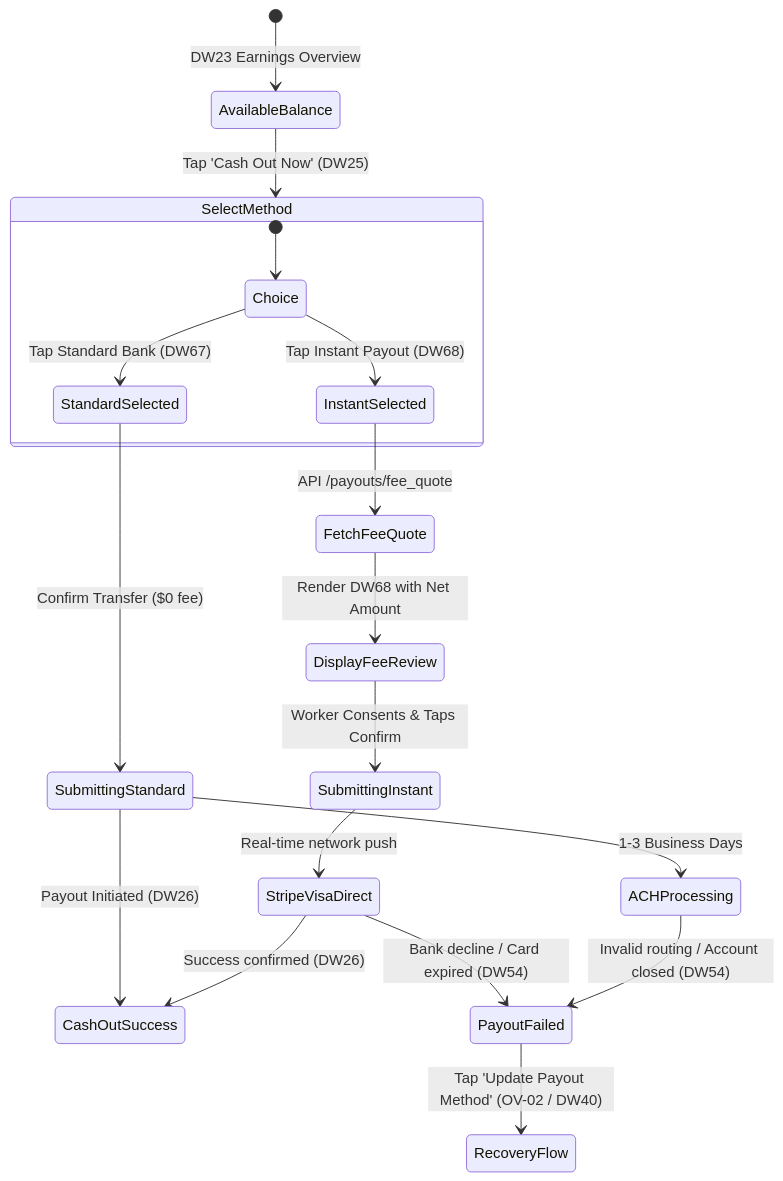
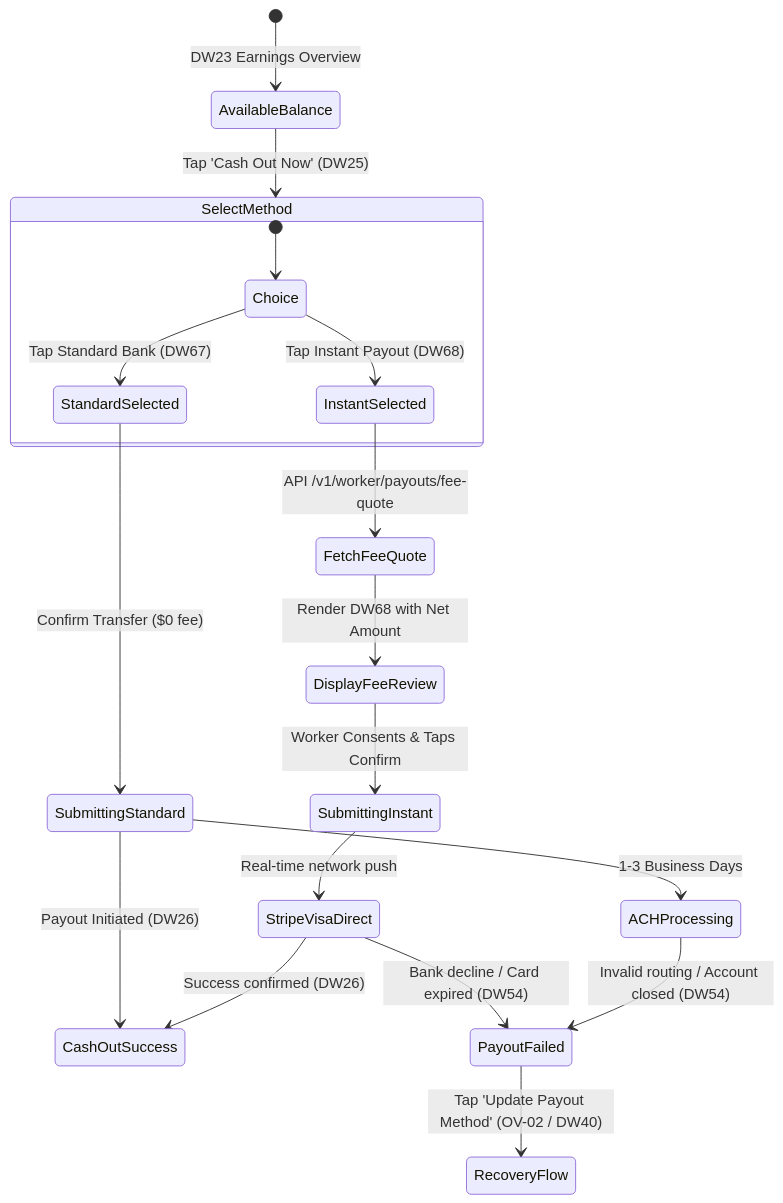
Before and after one commit to mridha-rakib/haulix-mobile: the diagram in docs/design/dw-d08/DW_D08_STANDARD_AND_INSTANT_CASH_OUT_SPEC.md, drawn with Mermaid. The commit also changed other lines of this file and 14 other files, not shown here.

````diff
--- a/docs/design/dw-d08/DW_D08_STANDARD_AND_INSTANT_CASH_OUT_SPEC.md
+++ b/docs/design/dw-d08/DW_D08_STANDARD_AND_INSTANT_CASH_OUT_SPEC.md
@@ -58,27 +57,27 @@
 ```mermaid
 stateDiagram-v2
     [*] --> AvailableBalance: DW23 Earnings Overview
     AvailableBalance --> SelectMethod: Tap 'Cash Out Now' (DW25)
     
     state SelectMethod {
         [*] --> Choice
         Choice --> StandardSelected: Tap Standard Bank (DW67)
         Choice --> InstantSelected: Tap Instant Payout (DW68)
     }
     
     StandardSelected --> SubmittingStandard: Confirm Transfer ($0 fee)
     SubmittingStandard --> CashOutSuccess: Payout Initiated (DW26)
     
-    InstantSelected --> FetchFeeQuote: API /payouts/fee_quote
+    InstantSelected --> FetchFeeQuote: API /v1/worker/payouts/fee-quote
     FetchFeeQuote --> DisplayFeeReview: Render DW68 with Net Amount
     DisplayFeeReview --> SubmittingInstant: Worker Consents & Taps Confirm
     
     SubmittingStandard --> ACHProcessing: 1-3 Business Days
     SubmittingInstant --> StripeVisaDirect: Real-time network push
     
     StripeVisaDirect --> CashOutSuccess: Success confirmed (DW26)
     StripeVisaDirect --> PayoutFailed: Bank decline / Card expired (DW54)
     ACHProcessing --> PayoutFailed: Invalid routing / Account closed (DW54)
     
     PayoutFailed --> RecoveryFlow: Tap 'Update Payout Method' (OV-02 / DW40)
 ```
````
